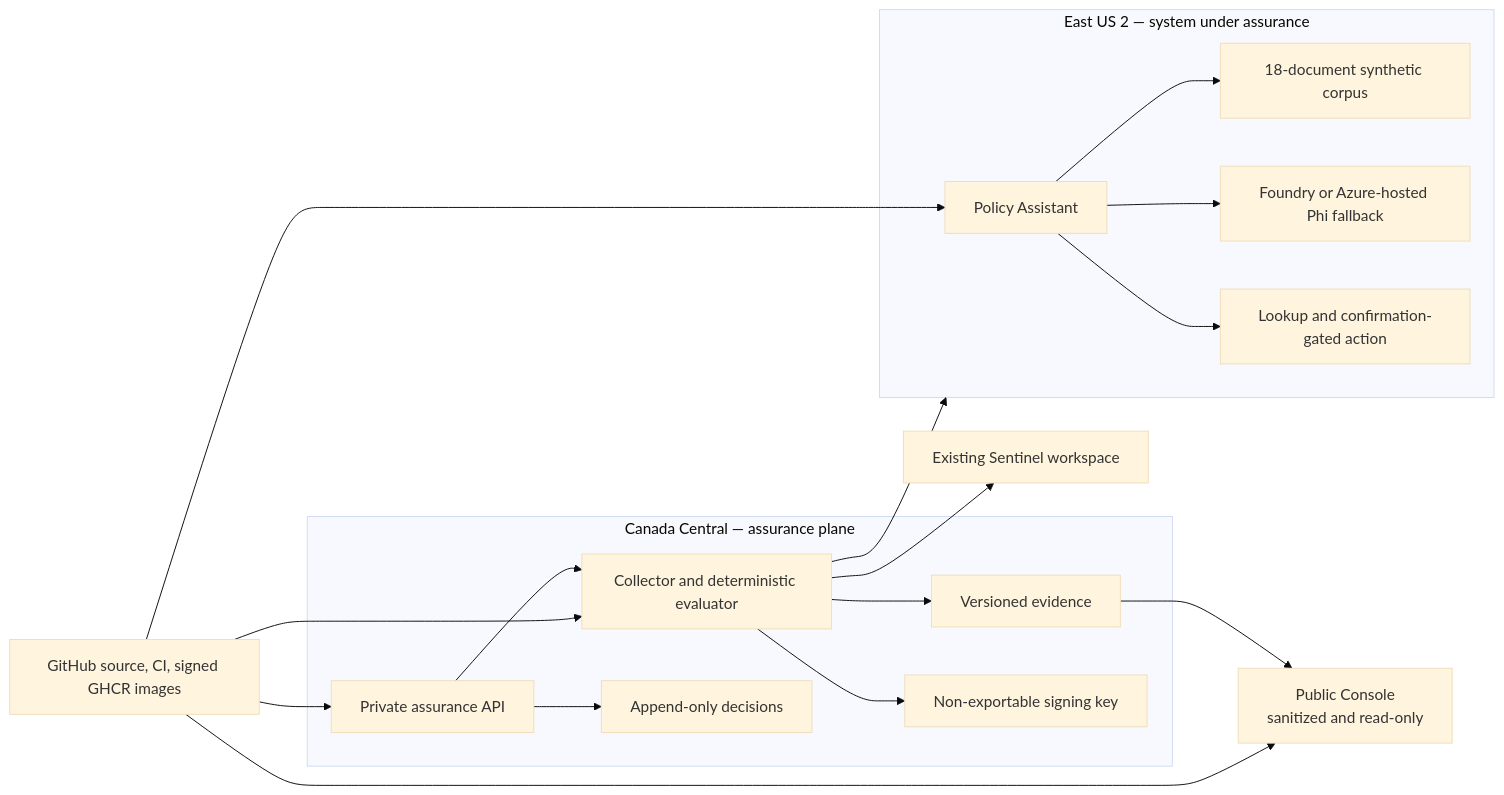
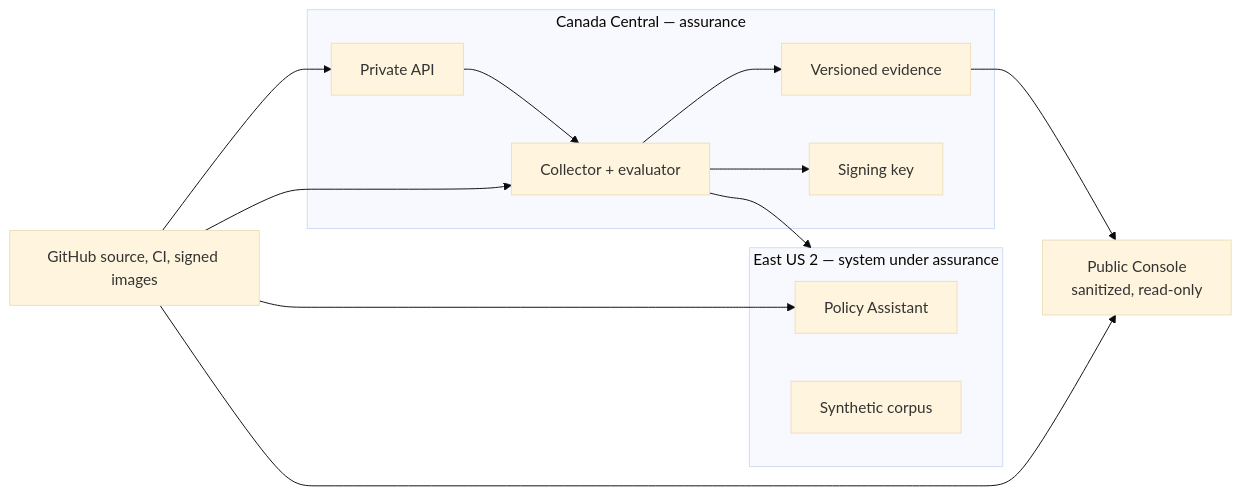
Before and after one commit to ymangt/azure-ai-continuous-assurance: the diagram in README.md, drawn with Mermaid (base theme). The commit also changed other lines of this file, not shown here.

````diff
--- a/README.md
+++ b/README.md
@@ -591,37 +130,27 @@
 ```mermaid
 flowchart LR
-  Repo["GitHub source, CI, signed GHCR images"]
-  Public["Public Console<br/>sanitized and read-only"]
+  Repo["GitHub source, CI, signed images"]
+  Public["Public Console<br/>sanitized, read-only"]
 
-  subgraph Control["Canada Central — assurance plane"]
-    API["Private assurance API"]
-    Job["Collector and deterministic evaluator"]
+  subgraph Control["Canada Central — assurance"]
+    API["Private API"]
+    Job["Collector + evaluator"]
     Evidence["Versioned evidence"]
-    Decisions["Append-only decisions"]
-    Key["Non-exportable signing key"]
+    Key["Signing key"]
   end
 
   subgraph SUT["East US 2 — system under assurance"]
     Assistant["Policy Assistant"]
-    Corpus["18-document synthetic corpus"]
-    Model["Foundry or Azure-hosted Phi fallback"]
-    Tool["Lookup and confirmation-gated action"]
+    Corpus["Synthetic corpus"]
   end
-
-  Sentinel["Existing Sentinel workspace"]
 
   Repo --> API
   Repo --> Job
   Repo --> Assistant
   Repo --> Public
-  API --> Decisions
   API --> Job
   Job --> Evidence
   Job --> Key
   Job --> SUT
-  Job --> Sentinel
-  Assistant --> Corpus
-  Assistant --> Model
-  Assistant --> Tool
   Evidence --> Public
 ```
````
